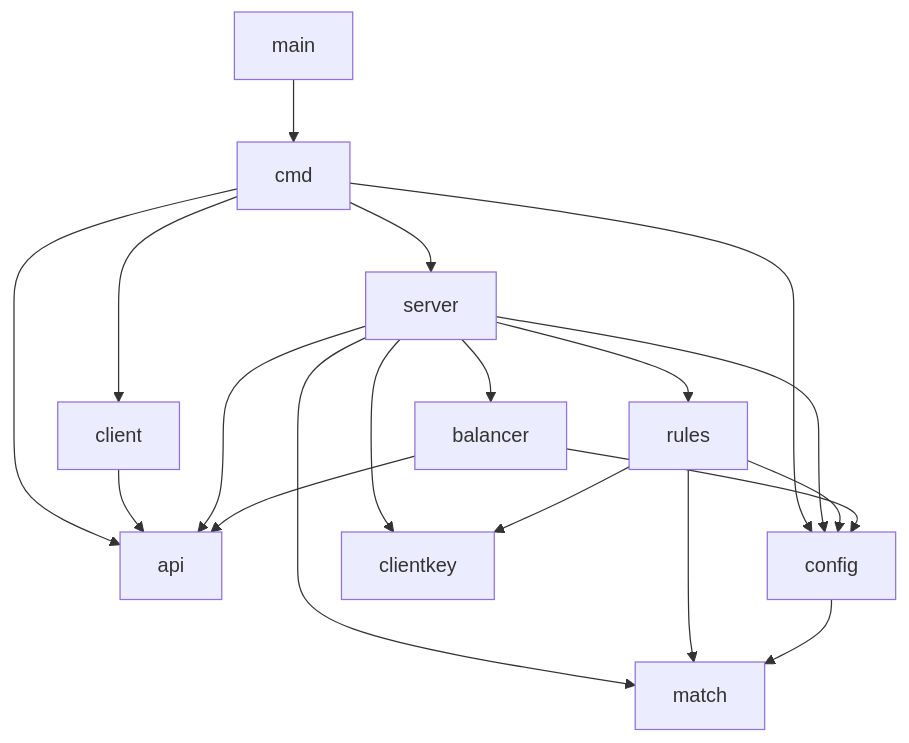
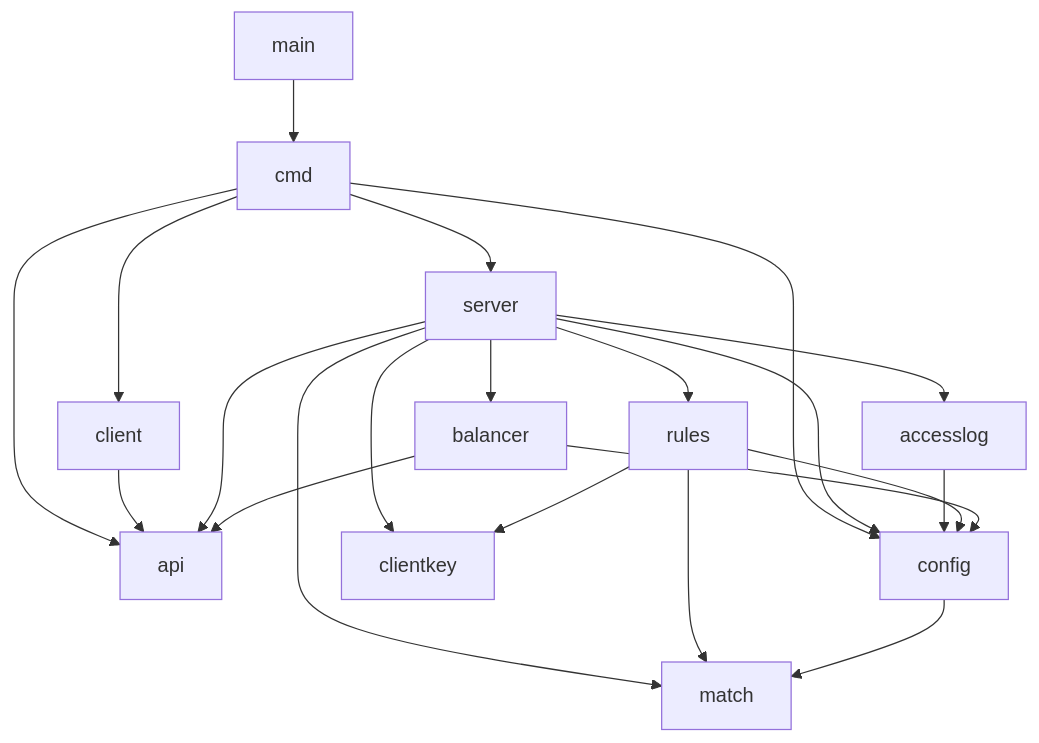
The first of 10 diagrams in docs/code.md (binwiederhier/ntlb), drawn with Mermaid before and after one commit. The commit also changed other lines of this file and 11 other files, not shown here.

````diff
--- a/docs/code.md
+++ b/docs/code.md
@@ -59,21 +60,23 @@
 ```mermaid
 flowchart TB
     main["main"] --> cmd
     cmd --> server
     cmd --> client
     cmd --> api
     cmd --> config
     client --> api
     server --> rules
     server --> balancer
     server --> clientkey
     server --> match
     server --> config
     server --> api
+    server --> accesslog
+    accesslog --> config
     rules --> clientkey
     rules --> match
     rules --> config
     balancer --> config
     balancer --> api
     config --> match
 ```
````
